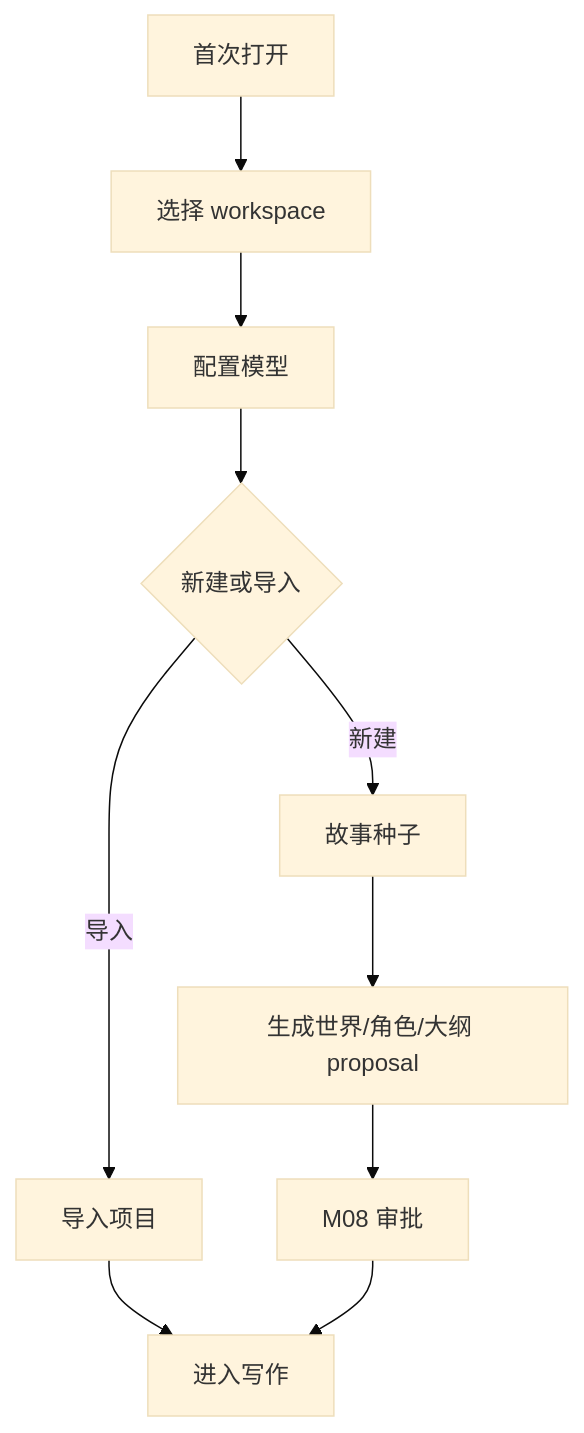
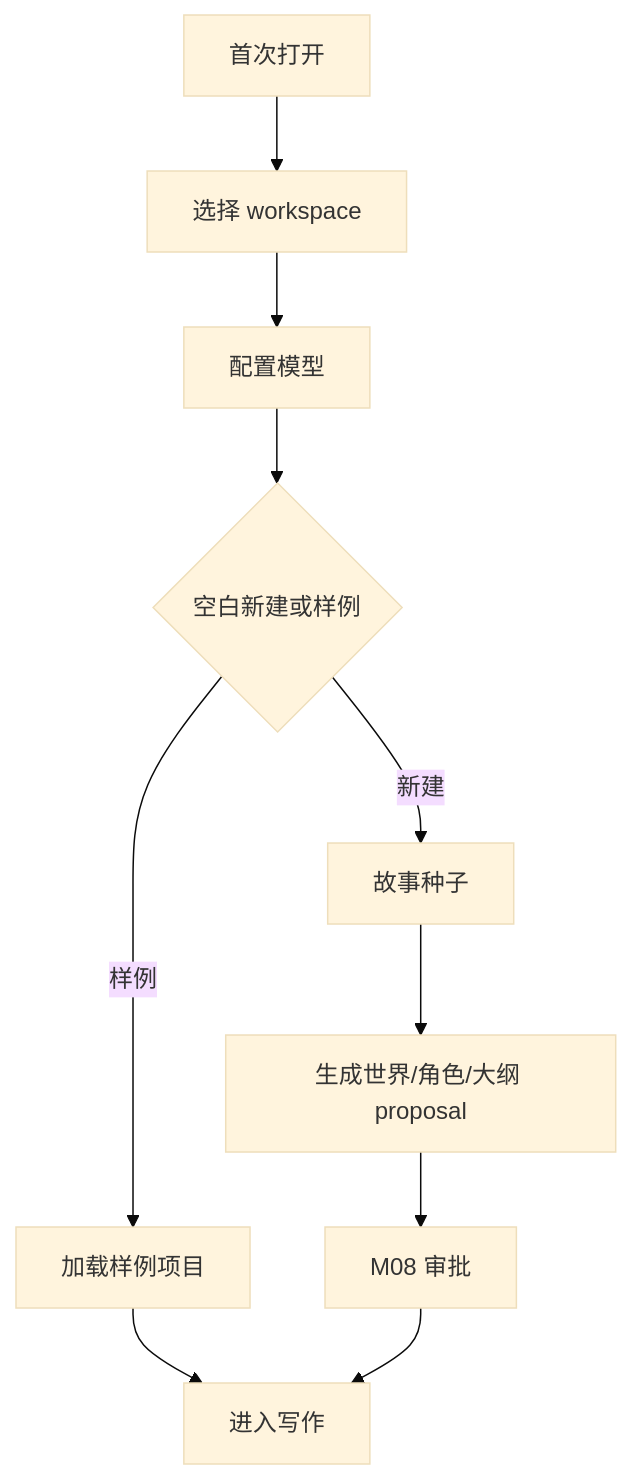
The diagram in spec/M15-onboarding-and-new-book.md (jinhuang712/open-novel), drawn with Mermaid (base theme) before and after one commit. The commit also changed other lines of this file and 38 other files, not shown here.

````diff
--- a/spec/M15-onboarding-and-new-book.md
+++ b/spec/M15-onboarding-and-new-book.md
@@ -7,12 +7,12 @@
 ```mermaid
 flowchart TD
   Start[首次打开] --> Workspace[选择 workspace]
   Workspace --> Model[配置模型]
-  Model --> Project{新建或导入}
+  Model --> Project{空白新建或样例}
   Project -->|新建| Seed[故事种子]
   Seed --> World[生成世界/角色/大纲 proposal]
-  Project -->|导入| Import[导入项目]
+  Project -->|样例| Sample[加载样例项目]
   World --> Approval[M08 审批]
-  Import --> Ready[进入写作]
+  Sample --> Ready[进入写作]
   Approval --> Ready
 ```
````
